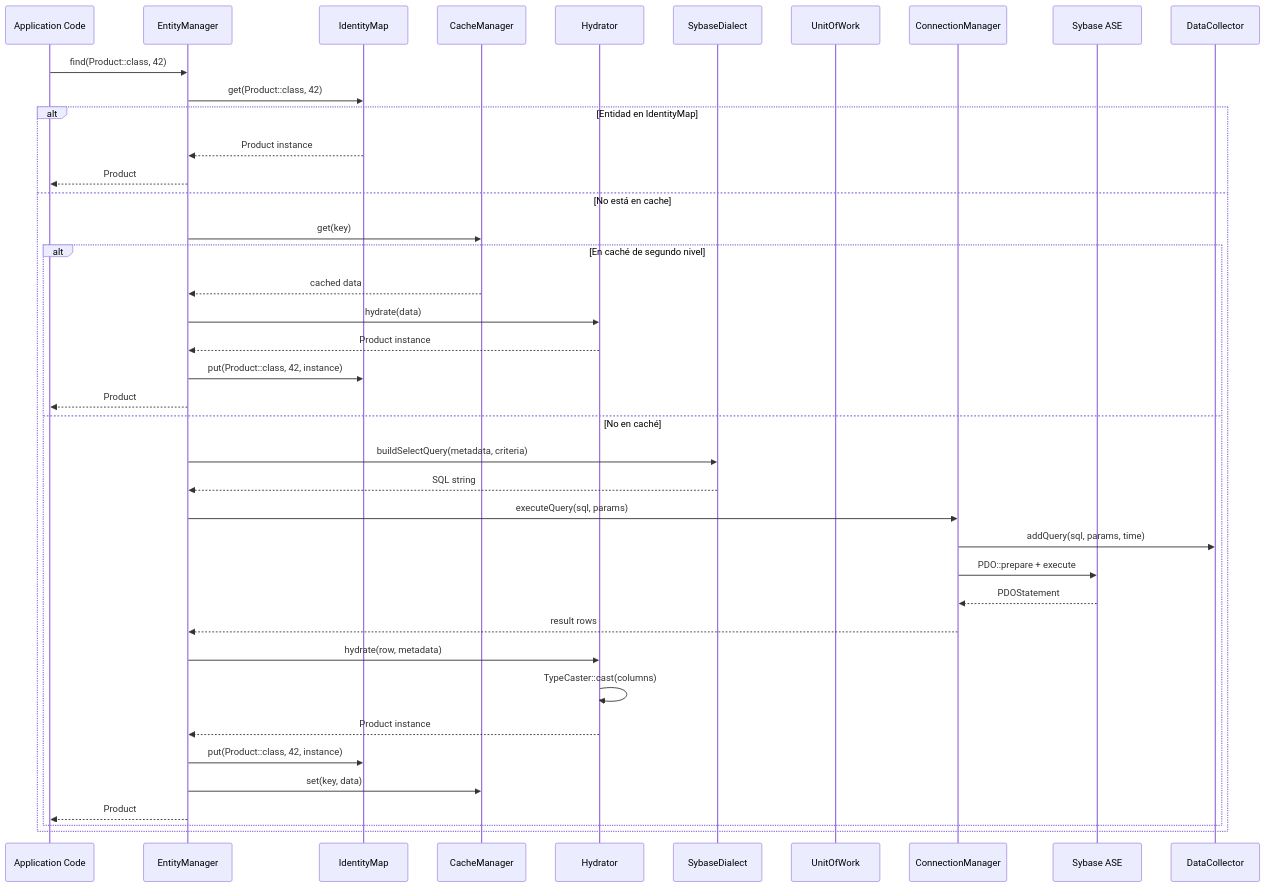
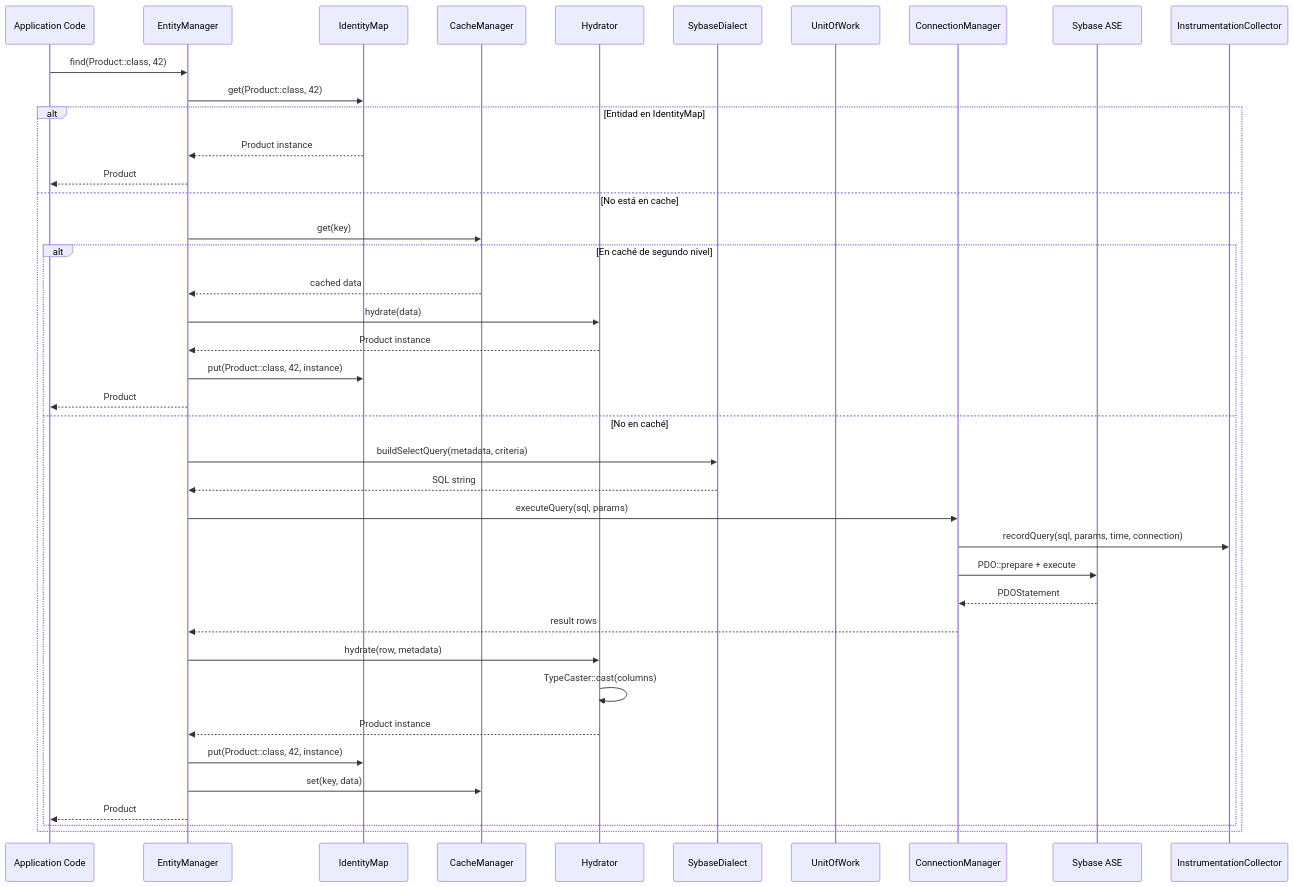
The first of 3 diagrams in docs/manual-tecnico/04-ciclo-vida-consulta.md (shedeza/sybase-orm-bundle), drawn with Mermaid before and after one commit. The commit also changed 17 other files, not shown here.

````diff
--- a/docs/manual-tecnico/04-ciclo-vida-consulta.md
+++ b/docs/manual-tecnico/04-ciclo-vida-consulta.md
@@ -9,43 +9,43 @@
 ```mermaid
 sequenceDiagram
     participant App as Application Code
     participant EM as EntityManager
     participant IM as IdentityMap
     participant Cache as CacheManager
     participant Hyd as Hydrator
     participant Dial as SybaseDialect
     participant UoW as UnitOfWork
     participant CM as ConnectionManager
     participant DB as Sybase ASE
-    participant DC as DataCollector
+    participant DC as InstrumentationCollector
 
     App->>EM: find(Product::class, 42)
     EM->>IM: get(Product::class, 42)
     alt Entidad en IdentityMap
         IM-->>EM: Product instance
         EM-->>App: Product
     else No está en cache
         EM->>Cache: get(key)
         alt En caché de segundo nivel
             Cache-->>EM: cached data
             EM->>Hyd: hydrate(data)
             Hyd-->>EM: Product instance
             EM->>IM: put(Product::class, 42, instance)
             EM-->>App: Product
         else No en caché
             EM->>Dial: buildSelectQuery(metadata, criteria)
             Dial-->>EM: SQL string
             EM->>CM: executeQuery(sql, params)
-            CM->>DC: addQuery(sql, params, time)
+            CM->>DC: recordQuery(sql, params, time, connection)
             CM->>DB: PDO::prepare + execute
             DB-->>CM: PDOStatement
             CM-->>EM: result rows
             EM->>Hyd: hydrate(row, metadata)
             Hyd->>Hyd: TypeCaster::cast(columns)
             Hyd-->>EM: Product instance
             EM->>IM: put(Product::class, 42, instance)
             EM->>Cache: set(key, data)
             EM-->>App: Product
         end
     end
 ```
````
